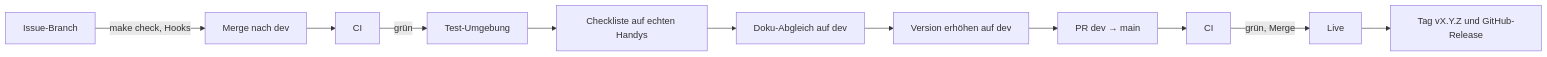
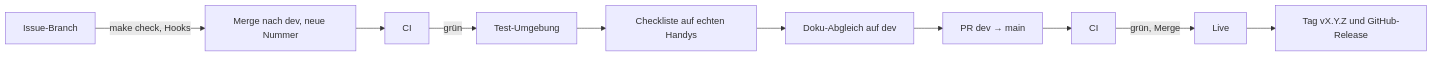
One commit to konstantinniedermann/tco-app changed the diagram in docs/ci-cd-und-release.md. Above: the diagram before and after it, drawn with Mermaid. The commit also changed other lines of this file and 2 other files, not shown here.

First line of the commit message:
docs: Neue Versionsregel in Release-Doku und Skill tco-branching

````diff
--- a/docs/ci-cd-und-release.md
+++ b/docs/ci-cd-und-release.md
@@ -43,13 +43,12 @@
 ```mermaid
 flowchart LR
-  B[Issue-Branch] -->|make check, Hooks| D[Merge nach dev]
+  B[Issue-Branch] -->|make check, Hooks| D[Merge nach dev, neue Nummer]
   D --> C1[CI]
   C1 -->|grün| T[Test-Umgebung]
   T --> K[Checkliste auf echten Handys]
   K --> A[Doku-Abgleich auf dev]
-  A --> R[Version erhöhen auf dev]
-  R --> P[PR dev → main]
+  A --> P[PR dev → main]
   P --> C2[CI]
   C2 -->|grün, Merge| L[Live]
   L --> V[Tag vX.Y.Z und GitHub-Release]
 ```
````
